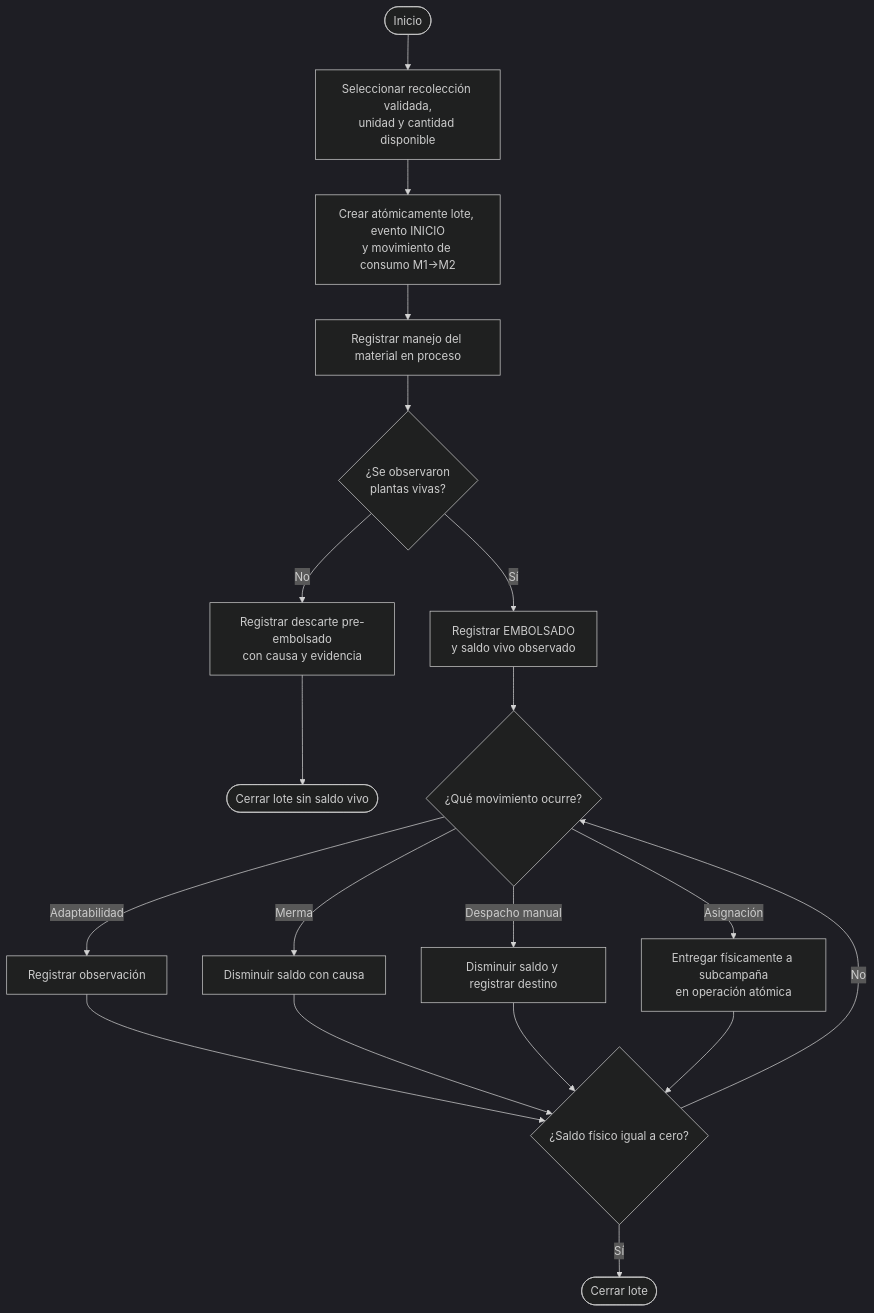
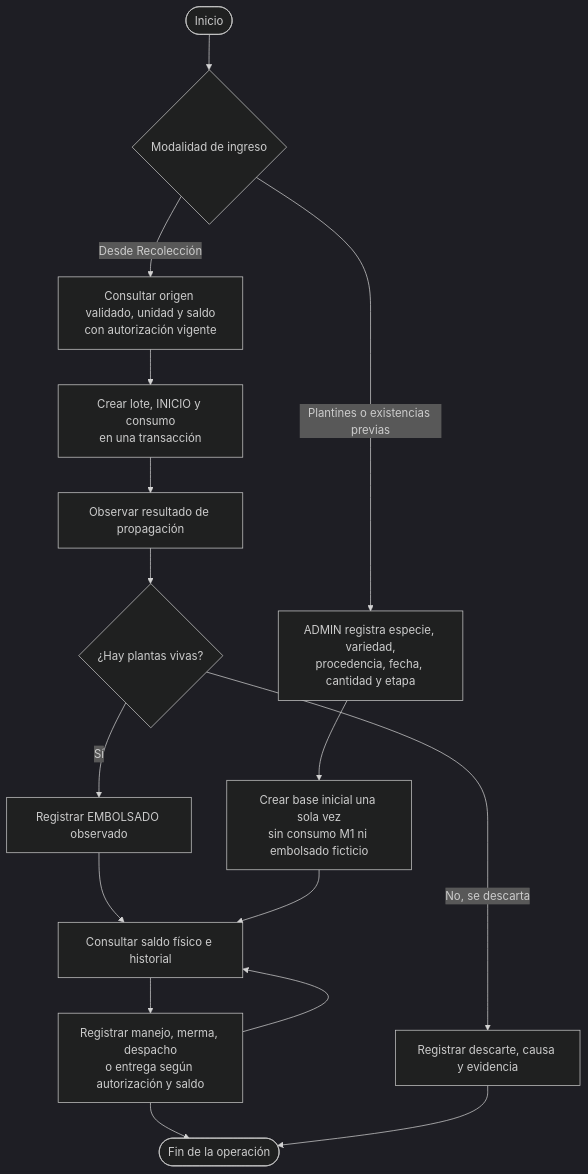
Diagram 11 of 18 in documentacion-grado/06_entregables/proyecto_grado/03_2_fase_elaboracion.md (R3foresta/r3foresta-docs), drawn with Mermaid (dark theme) before and after one commit. The commit also changed other lines of this file and 13 other files, not shown here.

Commit message:
docs: consolidar Elaboración RUP con diagramas actualizados

````diff
--- a/documentacion-grado/06_entregables/proyecto_grado/03_2_fase_elaboracion.md
+++ b/documentacion-grado/06_entregables/proyecto_grado/03_2_fase_elaboracion.md
@@ -399,21 +521,18 @@
 ```mermaid
 flowchart TD
-  I([Inicio]) --> O[Seleccionar recolección validada,<br/>unidad y cantidad disponible]
-  O --> A[Crear atómicamente lote, evento INICIO<br/>y movimiento de consumo M1→M2]
-  A --> P[Registrar manejo del material en proceso]
-  P --> V{¿Se observaron<br/>plantas vivas?}
-  V -- No --> D[Registrar descarte pre-embolsado<br/>con causa y evidencia]
-  D --> F1([Cerrar lote sin saldo vivo])
-  V -- Sí --> E[Registrar EMBOLSADO<br/>y saldo vivo observado]
-  E --> M{¿Qué movimiento ocurre?}
-  M -- Adaptabilidad --> AD[Registrar observación]
-  M -- Merma --> ME[Disminuir saldo con causa]
-  M -- Despacho manual --> DE[Disminuir saldo y registrar destino]
-  M -- Asignación --> AS[Entregar físicamente a subcampaña<br/>en operación atómica]
-  AD --> Z{¿Saldo físico igual a cero?}
-  ME --> Z
-  DE --> Z
-  AS --> Z
-  Z -- No --> M
-  Z -- Sí --> F2([Cerrar lote])
+    I(["Inicio"]) --> MOD{"Modalidad de ingreso"}
+    MOD -->|"Desde Recolección"| O["Consultar origen validado, unidad y saldo<br/>con autorización vigente"]
+    O --> T["Crear lote, INICIO y consumo<br/>en una transacción"]
+    T --> P["Observar resultado de propagación"]
+    P --> R{"¿Hay plantas vivas?"}
+    R -->|"Sí"| E["Registrar EMBOLSADO observado"]
+    R -->|"No, se descarta"| X["Registrar descarte, causa y evidencia"]
+    MOD -->|"Plantines o existencias previas"| AD["ADMIN registra especie, variedad,<br/>procedencia, fecha, cantidad y etapa"]
+    AD --> N["Crear base inicial una sola vez<br/>sin consumo M1 ni embolsado ficticio"]
+    E --> SAL["Consultar saldo físico e historial"]
+    N --> SAL
+    SAL --> OP["Registrar manejo, merma, despacho<br/>o entrega según autorización y saldo"]
+    OP --> SAL
+    OP --> FIN(["Fin de la operación"])
+    X --> FIN
 ```
````
